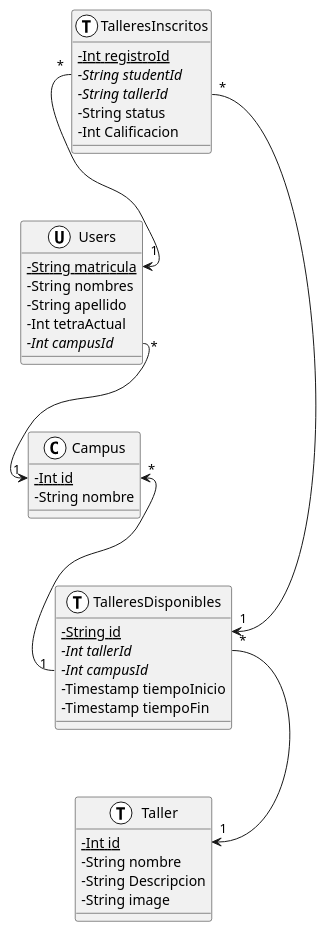
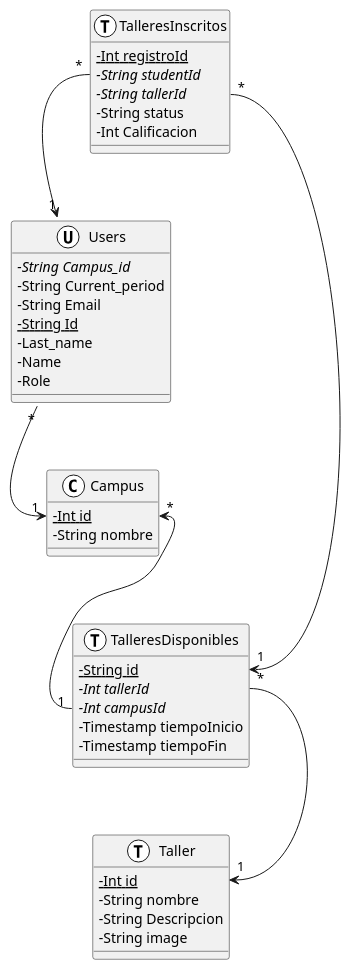
The diagram in Reto/Base de datos.md (facund015/codeRelatedObsidianNotes), drawn with PlantUML before and after one commit.

Commit message:
vault backup: 2021-12-01 17:58:03

````diff
--- a/Reto/Base de datos.md
+++ b/Reto/Base de datos.md
@@ -2,52 +2,54 @@
 ```plantuml
 @startuml
 skinparam classAttributeIconSize 0
 
 class Users <<(U,white)>> {
-	{static} - String matricula
-	-String nombres
-	-String apellido
-	-Int tetraActual
-	{abstract} -Int campusId
+	{abstract} -String Campus_id
+	-String Current_period
+	-String Email
+	-String {static} Id
+	- Last_name
+	- Name
+	- Role
 }
 
 class Campus <<(C,white)>> {
 	{static} -Int id
 	-String nombre
 }
 
 class Taller <<(T,white)>> {
     {static} -Int id 
     - String nombre
 	- String Descripcion
     - String image
 }
 class TalleresDisponibles <<(T, white)>> {
 	{static} -String id
 	{abstract} -Int tallerId
 	{abstract} -Int campusId
 	-Timestamp tiempoInicio
 	-Timestamp tiempoFin
 }
 class TalleresInscritos <<(T,white)>> {
 	{static} -Int registroId 
 	{abstract} -String studentId
 	{abstract} -String tallerId
 	-String status
 	-Int Calificacion
 }
 
 
 
 
 
 
 TalleresInscritos::studentId "*" --> "1" Users::matricula
 TalleresInscritos::tallerId "*" --> "1" TalleresDisponibles::id
 TalleresDisponibles::tallerId "*" --> "1" Taller::id
 Campus::id "*" <-- "1" TalleresDisponibles::campusId
 Users::campusId "*" --> "1" Campus::id
 
 
 @enduml
 ```
````
